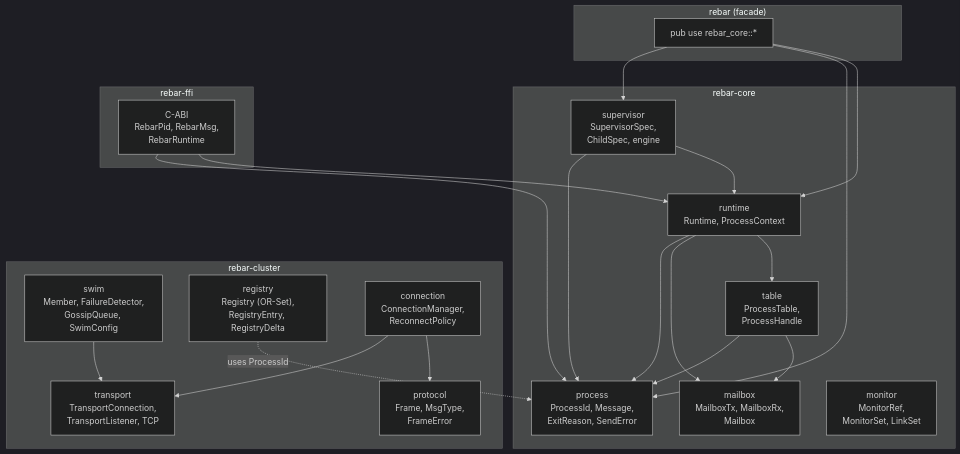
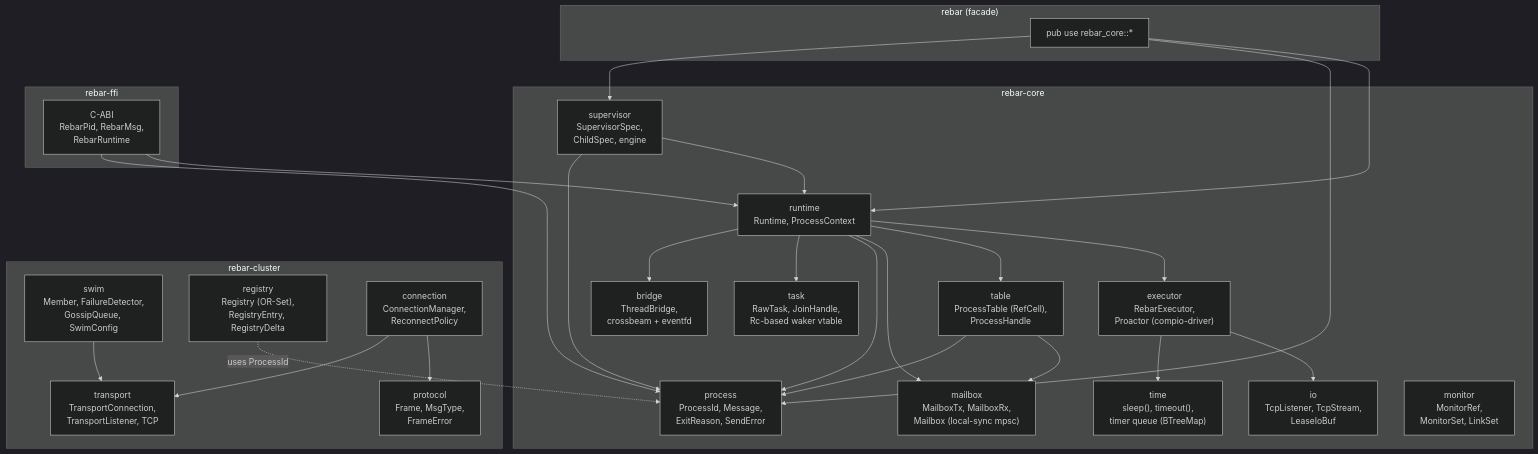
The first of 14 diagrams in docs/architecture.md (johnnyshields/rebar), drawn with Mermaid (dark theme) before and after one commit. The commit also changed other lines of this file and 15 other files, not shown here.

````diff
--- a/docs/architecture.md
+++ b/docs/architecture.md
@@ -13,47 +15,57 @@
 ```mermaid
 graph TD
     subgraph facade["rebar (facade)"]
         F["pub use rebar_core::*"]
     end
 
     subgraph core["rebar-core"]
+        EX["executor<br>RebarExecutor,<br>Proactor (compio-driver)"]
+        IO["io<br>TcpListener, TcpStream,<br>LeaseIoBuf"]
+        TASK["task<br>RawTask, JoinHandle,<br>Rc-based waker vtable"]
+        TIME["time<br>sleep(), timeout(),<br>timer queue (BTreeMap)"]
         RT["runtime<br>Runtime, ProcessContext"]
         PROC["process<br>ProcessId, Message,<br>ExitReason, SendError"]
-        MB["mailbox<br>MailboxTx, MailboxRx,<br>Mailbox"]
-        TBL["table<br>ProcessTable,<br>ProcessHandle"]
+        MB["mailbox<br>MailboxTx, MailboxRx,<br>Mailbox (local-sync mpsc)"]
+        TBL["table<br>ProcessTable (RefCell),<br>ProcessHandle"]
         MON["monitor<br>MonitorRef,<br>MonitorSet, LinkSet"]
         SUP["supervisor<br>SupervisorSpec,<br>ChildSpec, engine"]
+        BRIDGE["bridge<br>ThreadBridge,<br>crossbeam + eventfd"]
     end
 
     subgraph cluster["rebar-cluster"]
         PROTO["protocol<br>Frame, MsgType,<br>FrameError"]
         TRANS["transport<br>TransportConnection,<br>TransportListener, TCP"]
         SWIM["swim<br>Member, FailureDetector,<br>GossipQueue, SwimConfig"]
         REG["registry<br>Registry (OR-Set),<br>RegistryEntry, RegistryDelta"]
         CONN["connection<br>ConnectionManager,<br>ReconnectPolicy"]
     end
 
     subgraph ffi["rebar-ffi"]
         CFFI["C-ABI<br>RebarPid, RebarMsg,<br>RebarRuntime"]
     end
 
     F --> RT
     F --> PROC
     F --> SUP
 
     CONN --> PROTO
     CONN --> TRANS
     REG -.->|"uses ProcessId"| PROC
     SWIM --> TRANS
 
     CFFI --> RT
     CFFI --> PROC
 
+    RT --> EX
     RT --> TBL
     RT --> MB
     RT --> PROC
+    RT --> TASK
+    RT --> BRIDGE
+    EX --> IO
+    EX --> TIME
     TBL --> MB
     TBL --> PROC
     SUP --> RT
     SUP --> PROC
 ```
````
